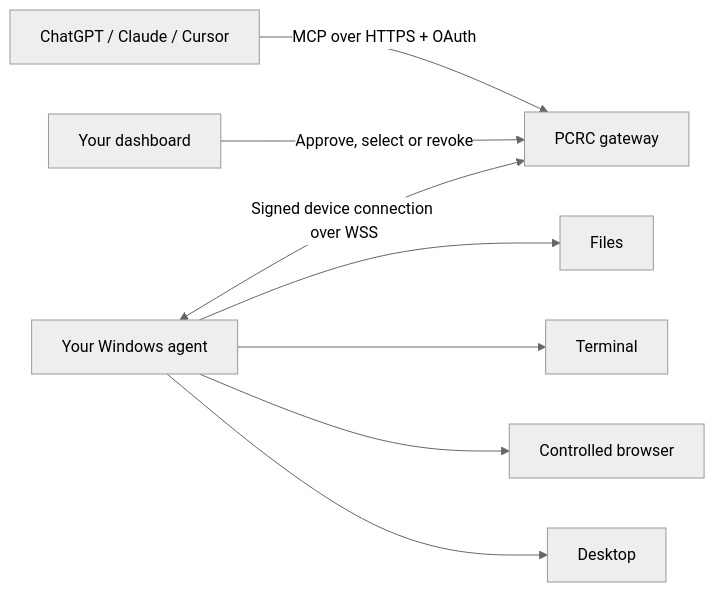
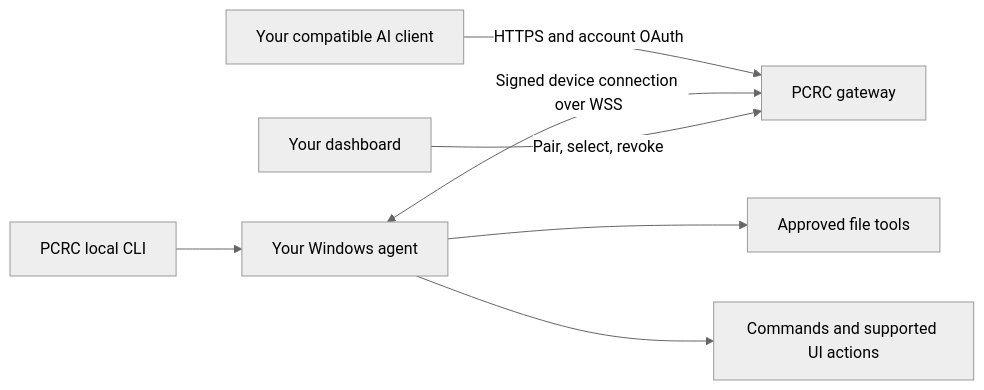
One commit to Janagiri/pcremotecommander changed the diagram in README.md. Above: the diagram before and after it, drawn with Mermaid (neutral theme). The commit also changed other lines of this file, not shown here.

Commit message:
Explain practical PCRC benefits, coding-agent tradeoffs and current public setup

````diff
--- a/README.md
+++ b/README.md
@@ -23,10 +50,9 @@
 ```mermaid
 flowchart LR
-  A[ChatGPT / Claude / Cursor] -->|MCP over HTTPS + OAuth| B[PCRC gateway]
+  A[Your compatible AI client] -->|HTTPS and account OAuth| B[PCRC gateway]
   C[Your Windows agent] <-->|Signed device connection over WSS| B
-  C --> D[Files]
-  C --> E[Terminal]
-  C --> F[Controlled browser]
-  C --> G[Desktop]
-  H[Your dashboard] -->|Approve, select or revoke| B
+  C --> D[Approved file tools]
+  C --> E[Commands and supported UI actions]
+  F[Your dashboard] -->|Pair, select, revoke| B
+  G[PCRC local CLI] --> C
 ```
````
